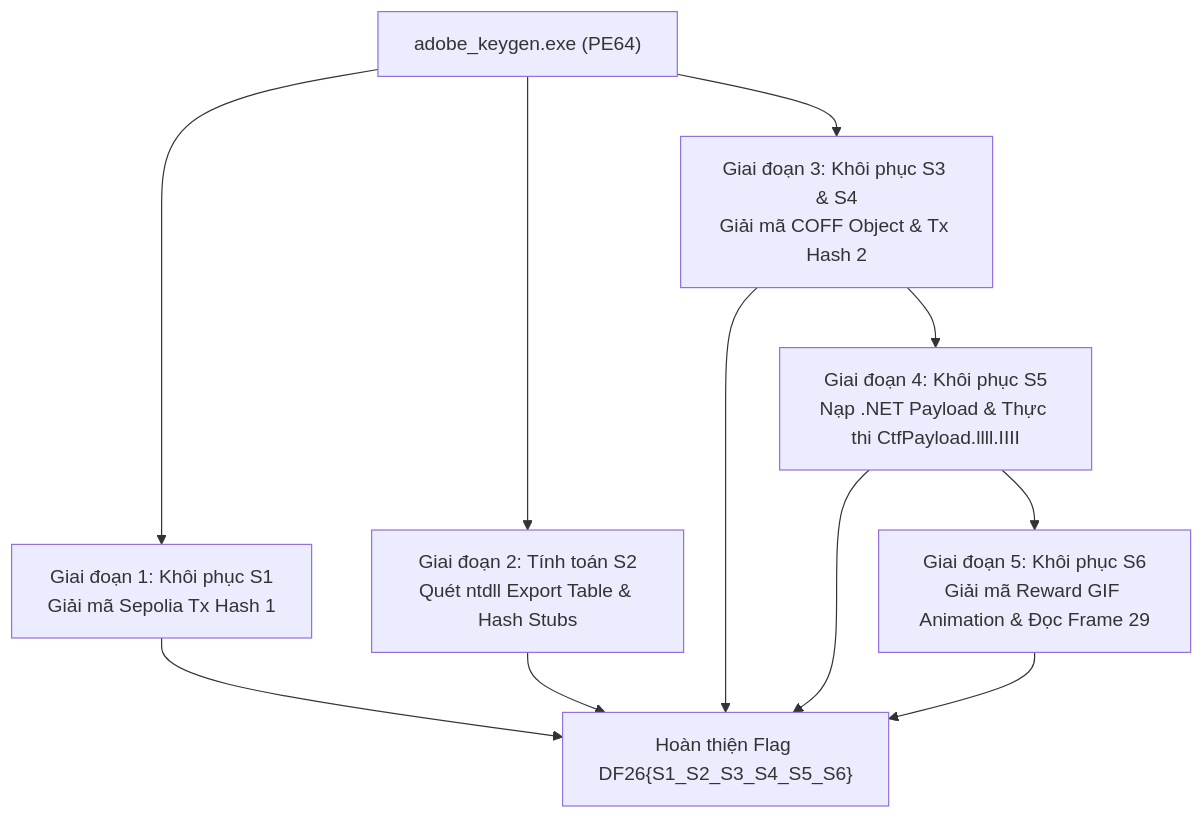
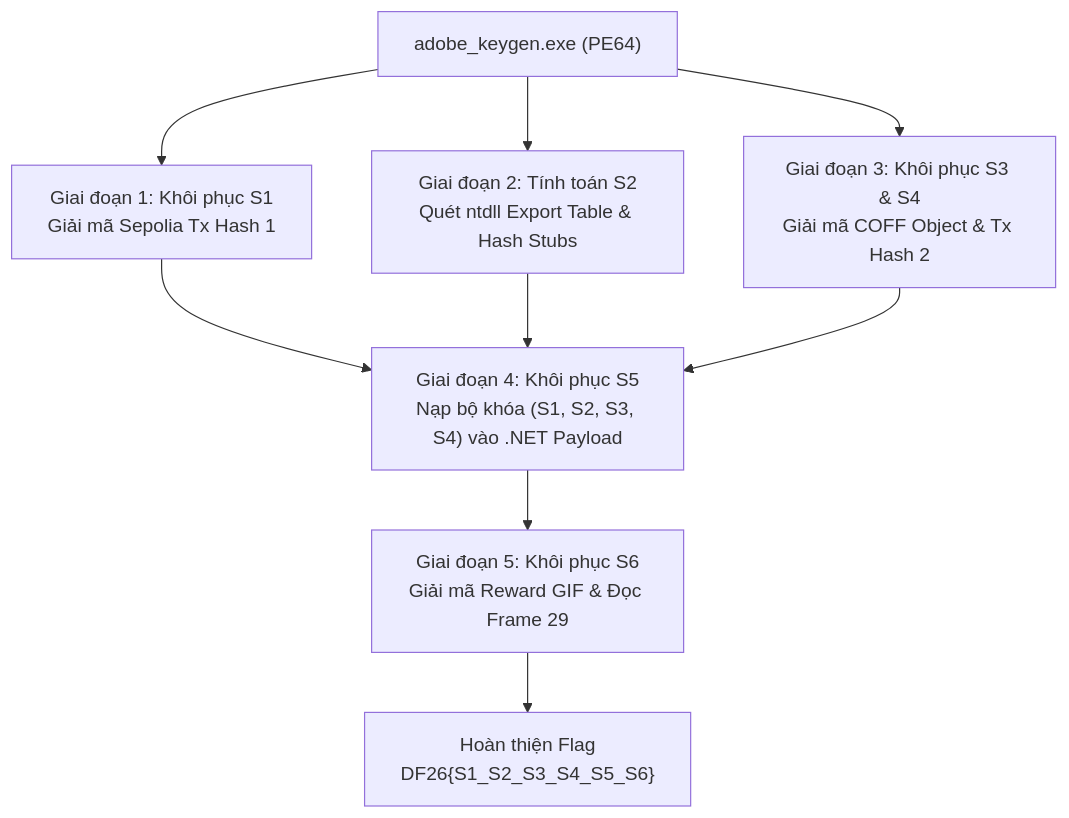
One commit to Lewall-theart/Lewall-theart.github.io changed the diagram in content/adobe-keygen.md. Above: the diagram before and after it, drawn with Mermaid.

Commit message:
Fix mermaid logic flow in adobe-keygen.md: proper convergence on stage 4

````diff
--- a/content/adobe-keygen.md
+++ b/content/adobe-keygen.md
@@ -62,9 +62,13 @@
 ```mermaid
 flowchart TD
     A["adobe_keygen.exe (PE64)"] --> B["Giai đoạn 1: Khôi phục S1<br/>Giải mã Sepolia Tx Hash 1"]
     A --> C["Giai đoạn 2: Tính toán S2<br/>Quét ntdll Export Table & Hash Stubs"]
     A --> D["Giai đoạn 3: Khôi phục S3 & S4<br/>Giải mã COFF Object & Tx Hash 2"]
-    D --> E["Giai đoạn 4: Khôi phục S5<br/>Nạp .NET Payload & Thực thi CtfPayload.llll.IIII"]
-    E --> F["Giai đoạn 5: Khôi phục S6<br/>Giải mã Reward GIF Animation & Đọc Frame 29"]
-    B & C & D & E & F --> G["Hoàn thiện Flag DF26{S1_S2_S3_S4_S5_S6}"]
+    
+    B --> E["Giai đoạn 4: Khôi phục S5<br/>Nạp bộ khóa (S1, S2, S3, S4) vào .NET Payload"]
+    C --> E
+    D --> E
+    
+    E --> F["Giai đoạn 5: Khôi phục S6<br/>Giải mã Reward GIF & Đọc Frame 29"]
+    F --> G["Hoàn thiện Flag<br/>DF26{S1_S2_S3_S4_S5_S6}"]
 ```
````
